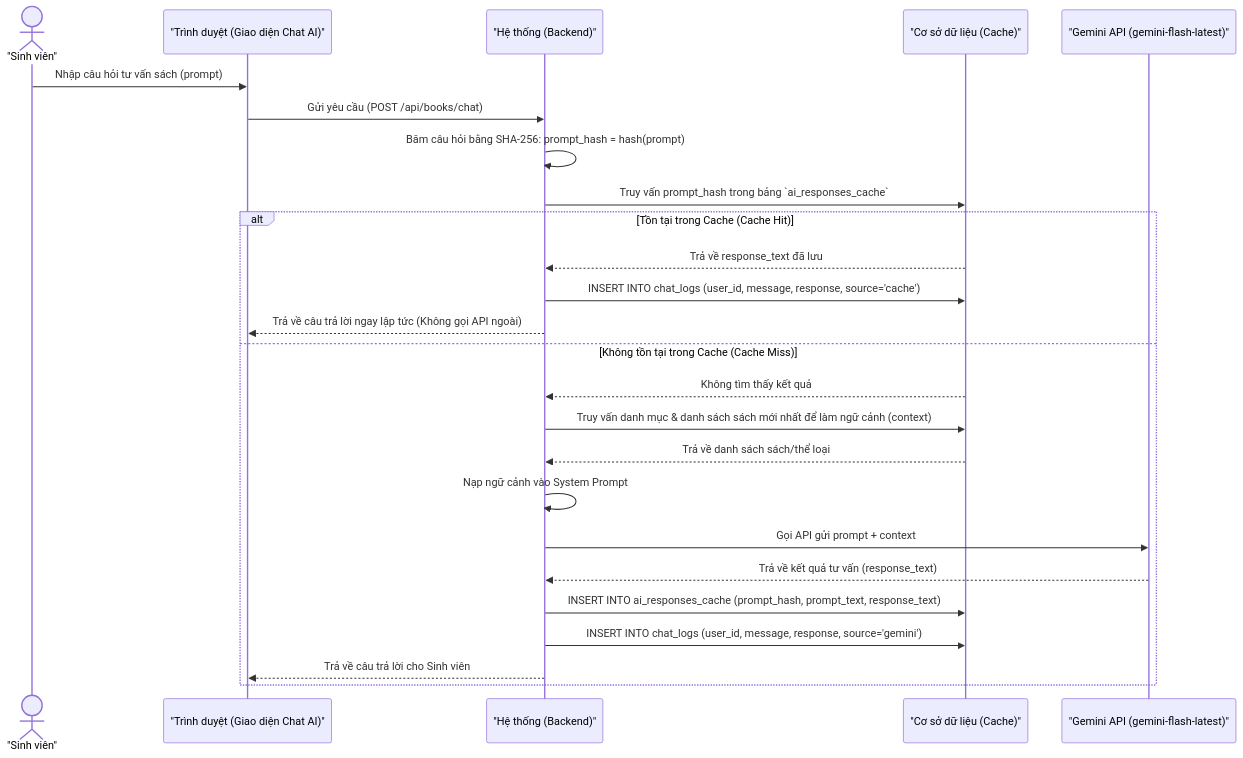
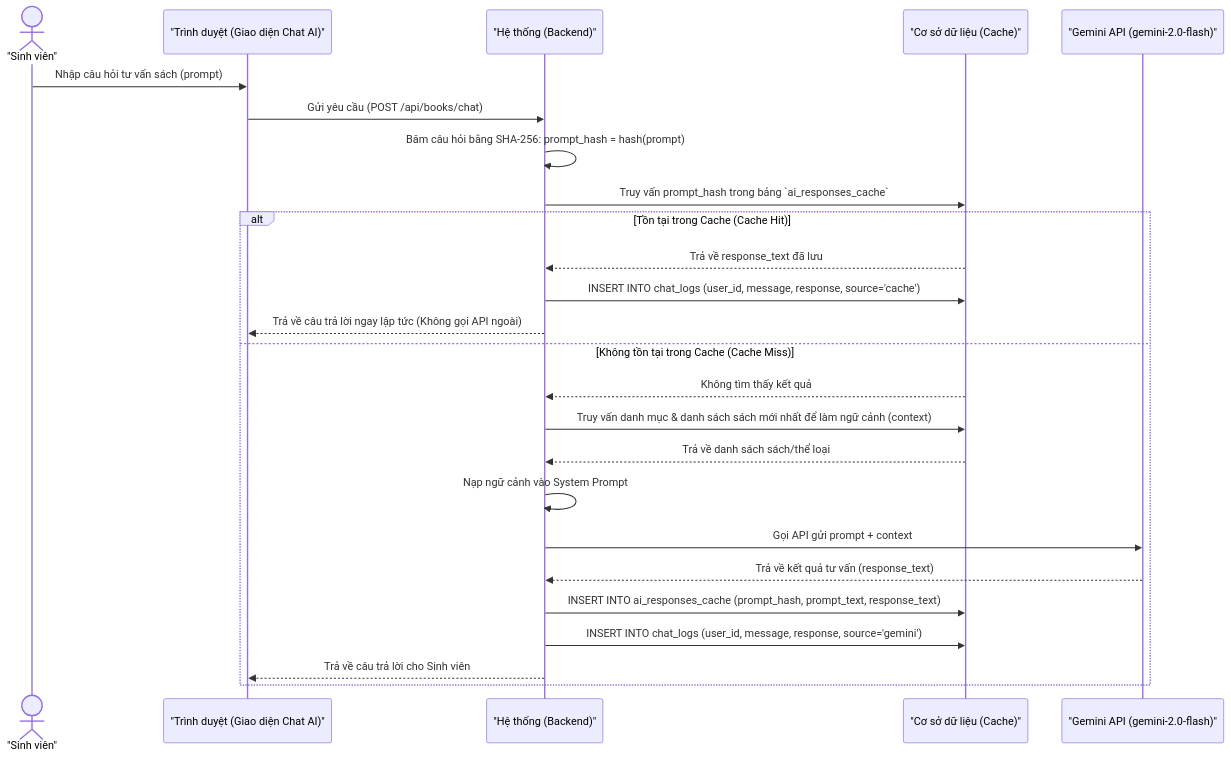
Before and after one commit to hiennguyenkim/laminas-app: the ninth of 16 diagrams in Preview SRS.md, drawn with Mermaid. The commit also changed other lines of this file and 2 other files, not shown here.

Commit message:
feat: implement Gemini AI service with response caching and moderation, and add BorrowTable for managed library records

````diff
--- a/Preview SRS.md
+++ b/Preview SRS.md
@@ -484,29 +484,29 @@
 ```mermaid
 sequenceDiagram
     actor SV as "Sinh viên"
     participant Client as "Trình duyệt (Giao diện Chat AI)"
     participant Server as "Hệ thống (Backend)"
     participant DB as "Cơ sở dữ liệu (Cache)"
-    participant Gemini as "Gemini API (gemini-flash-latest)"
+    participant Gemini as "Gemini API (gemini-2.0-flash)"
 
     SV->>Client: Nhập câu hỏi tư vấn sách (prompt)
     Client->>Server: Gửi yêu cầu (POST /api/books/chat)
     Server->>Server: Băm câu hỏi bằng SHA-256: prompt_hash = hash(prompt)
     
     Server->>DB: Truy vấn prompt_hash trong bảng `ai_responses_cache`
     alt Tồn tại trong Cache (Cache Hit)
         DB-->>Server: Trả về response_text đã lưu
         Server->>DB: INSERT INTO chat_logs (user_id, message, response, source='cache')
         Server-->>Client: Trả về câu trả lời ngay lập tức (Không gọi API ngoài)
     else Không tồn tại trong Cache (Cache Miss)
         DB-->>Server: Không tìm thấy kết quả
         Server->>DB: Truy vấn danh mục & danh sách sách mới nhất để làm ngữ cảnh (context)
         DB-->>Server: Trả về danh sách sách/thể loại
         Server->>Server: Nạp ngữ cảnh vào System Prompt
         Server->>Gemini: Gọi API gửi prompt + context
         Gemini-->>Server: Trả về kết quả tư vấn (response_text)
         Server->>DB: INSERT INTO ai_responses_cache (prompt_hash, prompt_text, response_text)
         Server->>DB: INSERT INTO chat_logs (user_id, message, response, source='gemini')
         Server-->>Client: Trả về câu trả lời cho Sinh viên
     end
 ```
````
